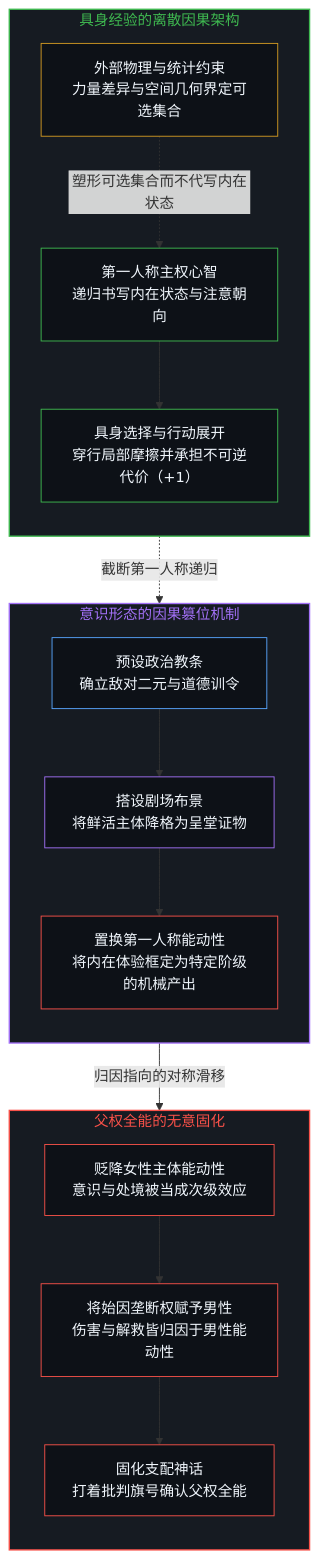
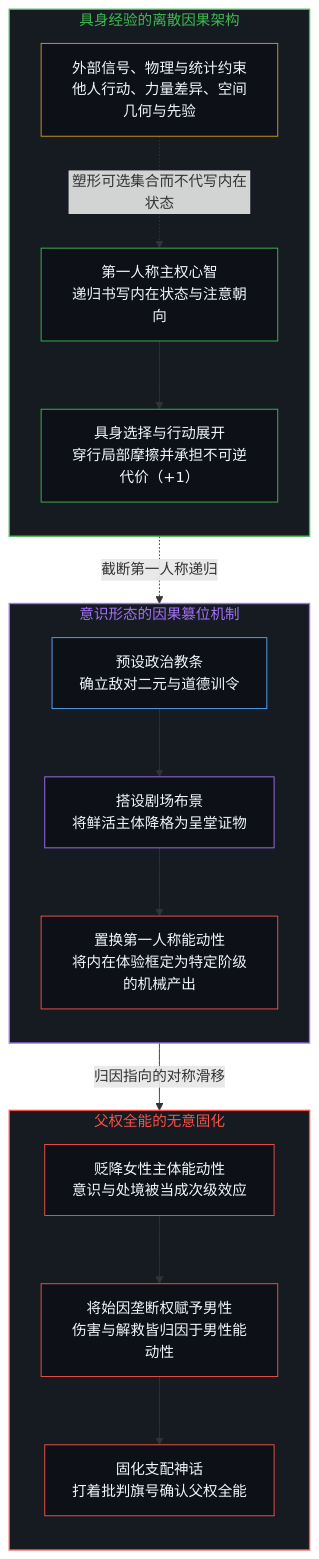
Before and after one commit to powerpig99/not-a-toe: the first of 4 diagrams in content/posts/the-moral-reversal-and-the-scripted-subject.md, drawn with Mermaid. The commit also changed other lines of this file and 4 other files, not shown here.

````diff
--- a/content/posts/the-moral-reversal-and-the-scripted-subject.md
+++ b/content/posts/the-moral-reversal-and-the-scripted-subject.md
@@ -35,32 +35,32 @@
 ```mermaid
 graph TD
     subgraph S_LivingReal ["具身经验的离散因果架构"]
         direction TB
         LR1["第一人称主权心智<br/>递归书写内在状态与注意朝向"] --> LR2["具身选择与行动展开<br/>穿行局部摩擦并承担不可逆代价（+1）"]
-        LR3["外部物理与统计约束<br/>力量差异与空间几何界定可选集合"] -.->|"塑形可选集合而不代写内在状态"| LR1
+        LR3["外部信号、物理与统计约束<br/>他人行动、力量差异、空间几何与先验"] -.->|"塑形可选集合而不代写内在状态"| LR1
     end
     subgraph S_StagedInversion ["意识形态的因果篡位机制"]
         direction TB
         SI1["预设政治教条<br/>确立敌对二元与道德训令"] --> SI2["搭设剧场布景<br/>将鲜活主体降格为呈堂证物"]
         SI2 --> SI3["置换第一人称能动性<br/>将内在体验框定为特定阶级的机械产出"]
     end
     subgraph S_SolidifyParadox ["父权全能的无意固化"]
         direction TB
         SP1["贬降女性主体能动性<br/>意识与处境被当成次级效应"] --> SP2["将始因垄断权赋予男性<br/>伤害与解救皆归因于男性能动性"]
         SP2 --> SP3["固化支配神话<br/>打着批判旗号确认父权全能"]
     end
     LR1 -.->|"截断第一人称递归"| SI2
     SI3 -->|"归因指向的对称滑移"| SP1
     style S_LivingReal fill:#161b22,stroke:#3fb950,stroke-width:1.5px,color:#3fb950
     style S_StagedInversion fill:#161b22,stroke:#a371f7,stroke-width:1.5px,color:#a371f7
     style S_SolidifyParadox fill:#161b22,stroke:#f85149,stroke-width:1.5px,color:#f85149
     style LR1 fill:#0d1117,stroke:#3fb950,stroke-width:1px,color:#f0f6fc
     style LR2 fill:#0d1117,stroke:#3fb950,stroke-width:1px,color:#f0f6fc
     style LR3 fill:#0d1117,stroke:#d29922,stroke-width:1px,color:#f0f6fc
     style SI1 fill:#0d1117,stroke:#58a6ff,stroke-width:1px,color:#f0f6fc
     style SI2 fill:#0d1117,stroke:#a371f7,stroke-width:1px,color:#f0f6fc
     style SI3 fill:#0d1117,stroke:#f85149,stroke-width:1px,color:#f0f6fc
     style SP1 fill:#0d1117,stroke:#f85149,stroke-width:1px,color:#f0f6fc
     style SP2 fill:#0d1117,stroke:#f85149,stroke-width:1px,color:#f0f6fc
     style SP3 fill:#0d1117,stroke:#f85149,stroke-width:1px,color:#f0f6fc
 ```
````
